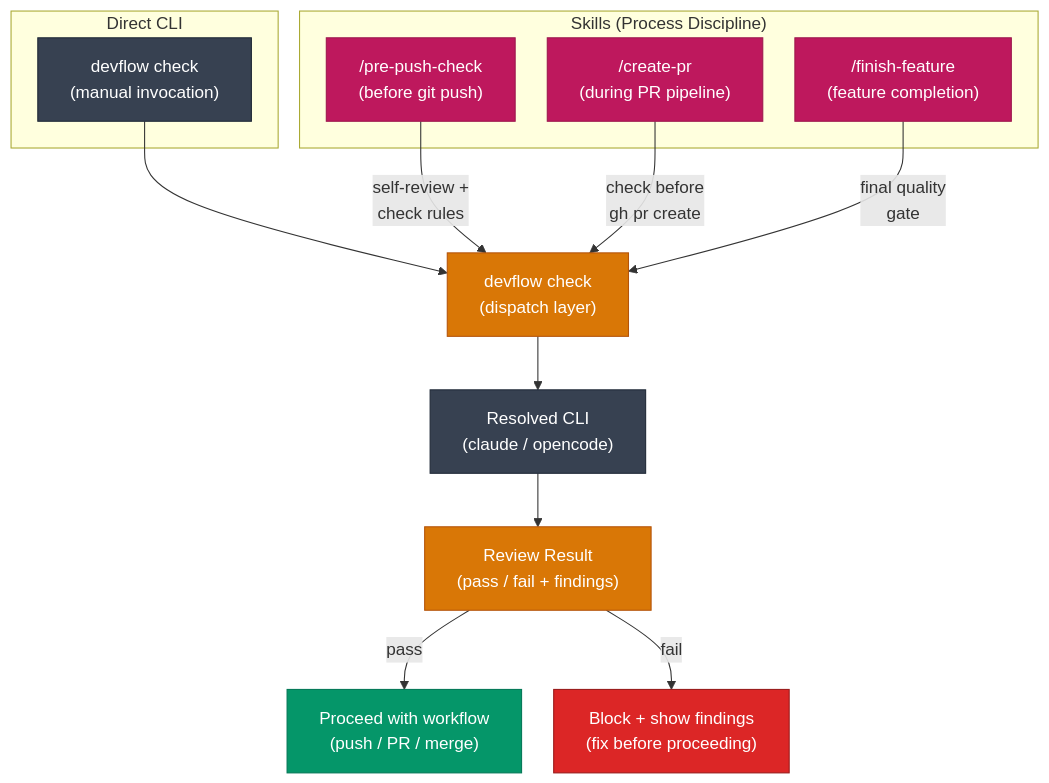
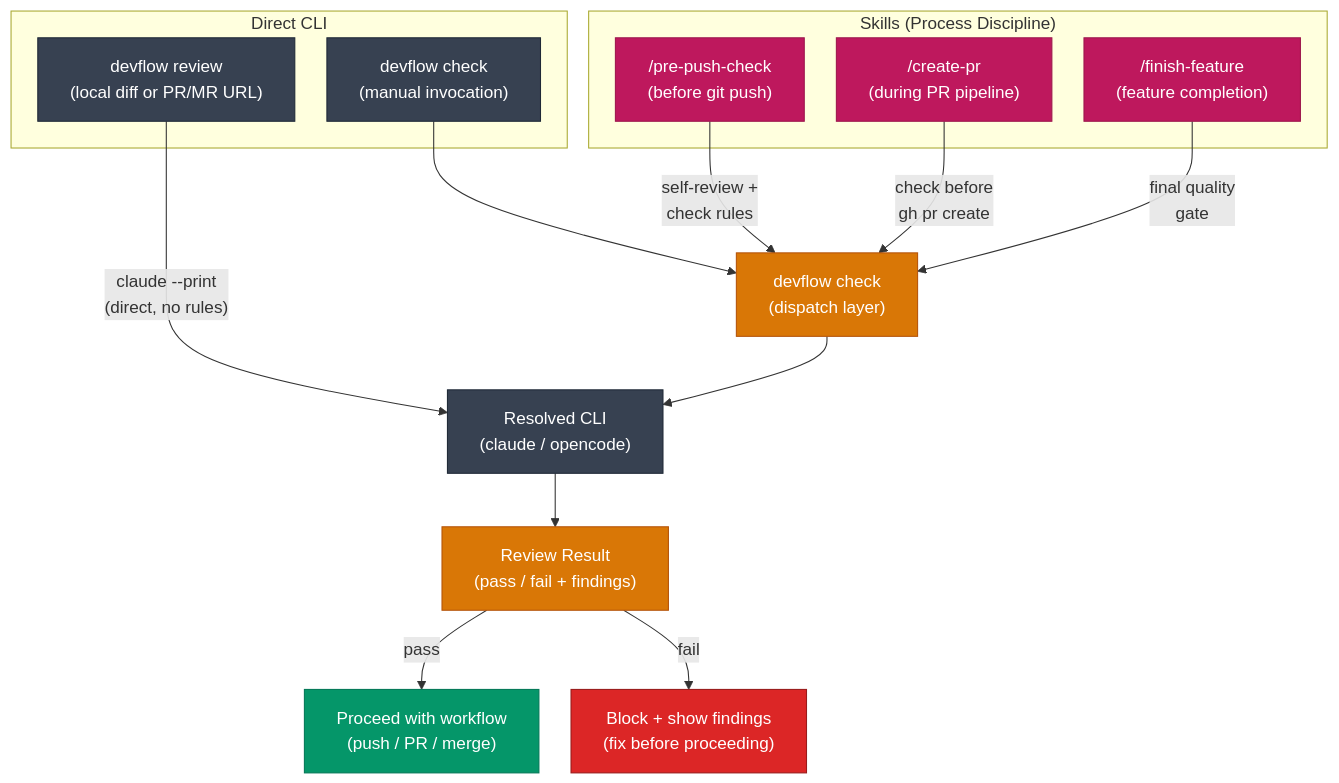
The fourth of 4 diagrams in visualizations/architecture/code-review-architecture.md (AndreJorgeLopes/devflow), drawn with Mermaid before and after one commit. The commit also changed other lines of this file and 2 other files, not shown here.

First line of the commit message:
docs: update visualizations for review dual-mode and fix examples

````diff
--- a/visualizations/architecture/code-review-architecture.md
+++ b/visualizations/architecture/code-review-architecture.md
@@ -110,41 +167,43 @@
 ```mermaid
 %%{init: {'flowchart': {'rankSpacing': 50, 'nodeSpacing': 30, 'diagramPadding': 15}}}%%
 flowchart TD
     subgraph DirectInvocation [" Direct CLI "]
         DIRECT["devflow check\n(manual invocation)"]
+        REVIEW["devflow review\n(local diff or PR/MR URL)"]
     end
 
     subgraph Skills [" Skills (Process Discipline) "]
         PREPUSH["/pre-push-check\n(before git push)"]
         CREATEPR["/create-pr\n(during PR pipeline)"]
         FINISH["/finish-feature\n(feature completion)"]
     end
 
     CHECK["devflow check\n(dispatch layer)"]
     CLI["Resolved CLI\n(claude / opencode)"]
     RESULT["Review Result\n(pass / fail + findings)"]
 
     DIRECT --> CHECK
+    REVIEW -->|"claude --print\n(direct, no rules)"| CLI
     PREPUSH -->|"self-review +\ncheck rules"| CHECK
     CREATEPR -->|"check before\ngh pr create"| CHECK
     FINISH -->|"final quality\ngate"| CHECK
 
     CHECK --> CLI
     CLI --> RESULT
 
     RESULT -->|"pass"| PASS["Proceed with workflow\n(push / PR / merge)"]
     RESULT -->|"fail"| BLOCK["Block + show findings\n(fix before proceeding)"]
 
     classDef reviewStyle fill:#d97706,color:#fff,stroke:#b45309
     classDef skillsStyle fill:#be185d,color:#fff,stroke:#9d174d
     classDef cliStyle fill:#374151,color:#fff,stroke:#1f2937
     classDef passStyle fill:#059669,color:#fff,stroke:#047857
     classDef failStyle fill:#dc2626,color:#fff,stroke:#991b1b
 
-    class DIRECT cliStyle
+    class DIRECT,REVIEW cliStyle
     class PREPUSH,CREATEPR,FINISH skillsStyle
     class CHECK,RESULT reviewStyle
     class CLI cliStyle
     class PASS passStyle
     class BLOCK failStyle
 ```
````
